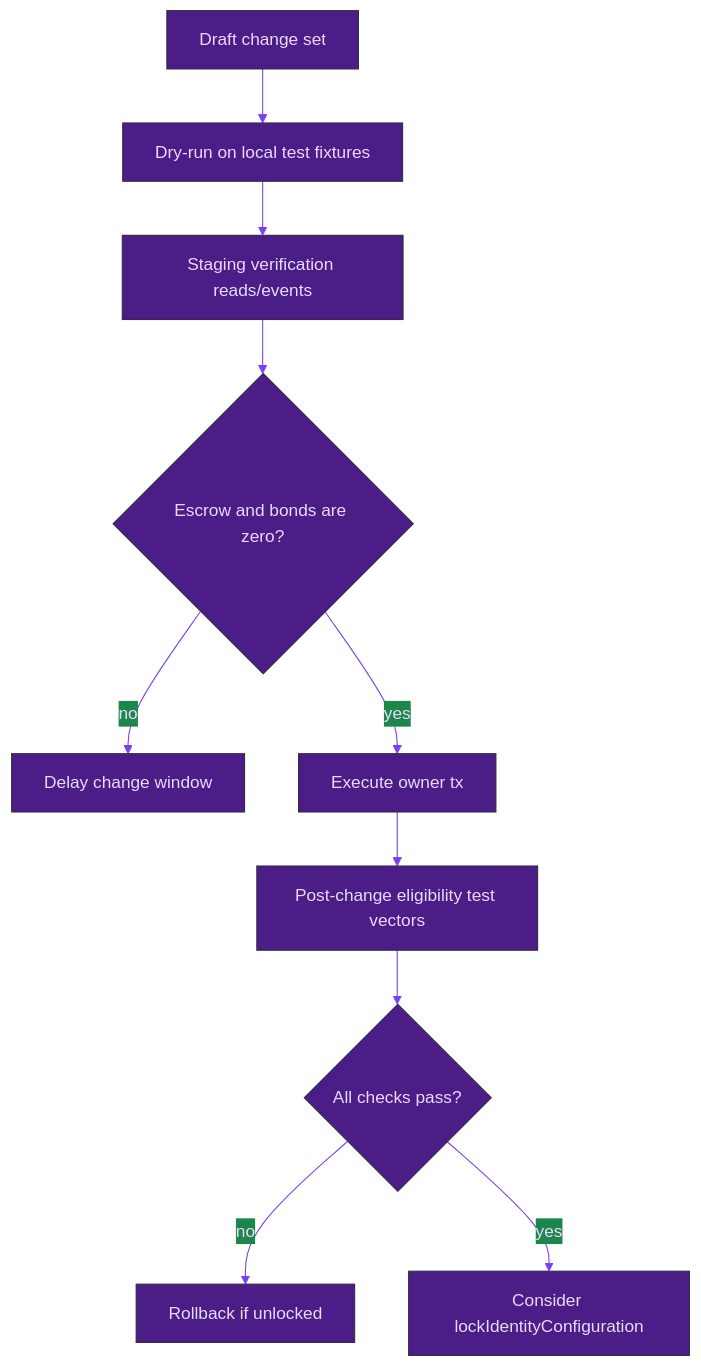
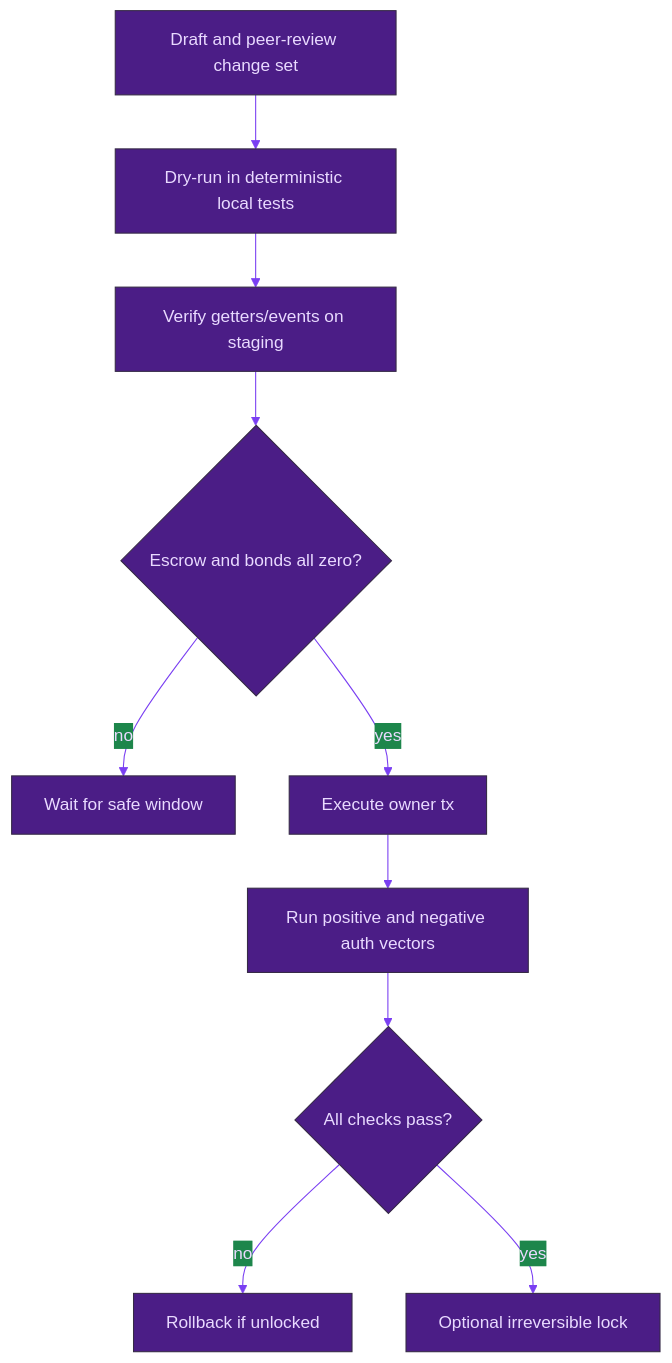
Before and after one commit to MontrealAI/AGIJobManager: the second of 2 diagrams in docs/INTEGRATIONS/ENS_ROBUSTNESS.md, drawn with Mermaid. The commit also changed other lines of this file and 6 other files, not shown here.

````diff
--- a/docs/INTEGRATIONS/ENS_ROBUSTNESS.md
+++ b/docs/INTEGRATIONS/ENS_ROBUSTNESS.md
@@ -58,18 +60,18 @@
 ```mermaid
 %%{init: {"theme":"base","themeVariables":{
 "fontFamily":"ui-sans-serif, system-ui, -apple-system, Segoe UI, Roboto, Arial",
 "background":"#14001F","primaryColor":"#4B1D86","primaryTextColor":"#E9DAFF",
 "lineColor":"#7A3FF2","tertiaryColor":"#1B0B2A",
 "noteBkgColor":"#1B0B2A","noteTextColor":"#E9DAFF"
 }}}%%
 flowchart TD
-    S1[Draft change set] --> S2[Dry-run on local test fixtures]
-    S2 --> S3[Staging verification reads/events]
-    S3 --> S4{Escrow and bonds are zero?}
-    S4 -->|no| S5[Delay change window]
+    S1[Draft and peer-review change set] --> S2[Dry-run in deterministic local tests]
+    S2 --> S3[Verify getters/events on staging]
+    S3 --> S4{Escrow and bonds all zero?}
+    S4 -->|no| S5[Wait for safe window]
     S4 -->|yes| S6[Execute owner tx]
-    S6 --> S7[Post-change eligibility test vectors]
+    S6 --> S7[Run positive and negative auth vectors]
     S7 --> S8{All checks pass?}
     S8 -->|no| S9[Rollback if unlocked]
-    S8 -->|yes| S10[Consider lockIdentityConfiguration]
+    S8 -->|yes| S10[Optional irreversible lock]
 ```
````
